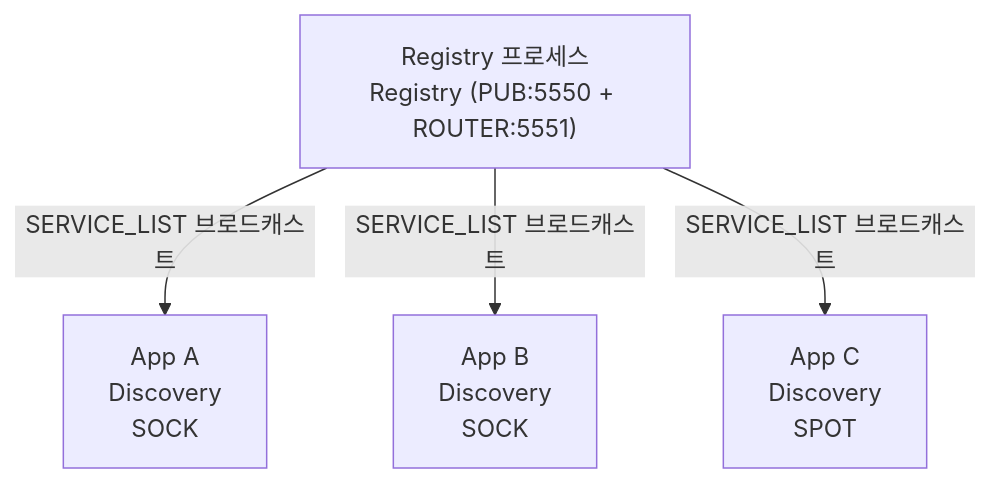
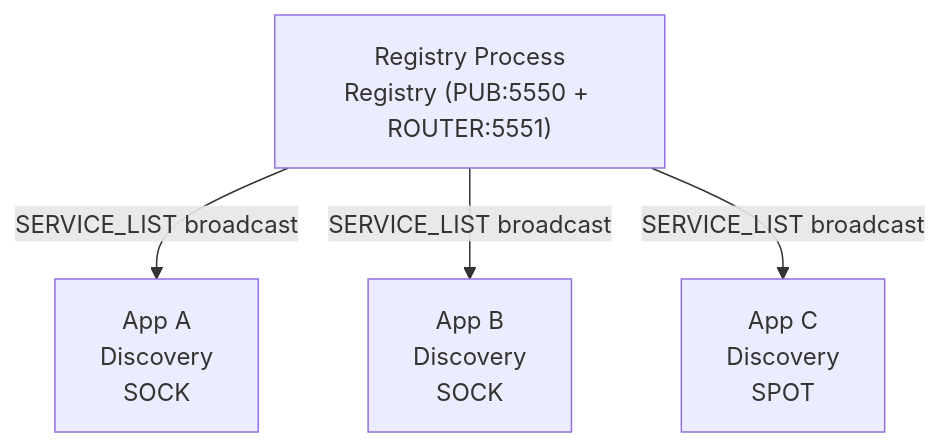
Before and after one commit to kairos-code-dev/zlink: the first of 3 diagrams in doc/guide/07-4-registry.ko.md, drawn with Mermaid. The commit also changed other lines of this file and 53 other files, not shown here.

````diff
--- a/doc/guide/07-4-registry.ko.md
+++ b/doc/guide/07-4-registry.ko.md
@@ -126,7 +126,7 @@
 ```mermaid
 flowchart TB
-    R["Registry 프로세스\nRegistry (PUB:5550 + ROUTER:5551)"]
-    R -- "SERVICE_LIST 브로드캐스트" --> A["App A\nDiscovery\nSOCK"]
-    R -- "SERVICE_LIST 브로드캐스트" --> B["App B\nDiscovery\nSOCK"]
-    R -- "SERVICE_LIST 브로드캐스트" --> C["App C\nDiscovery\nSPOT"]
+    R["Registry Process\nRegistry (PUB:5550 + ROUTER:5551)"]
+    R -- "SERVICE_LIST broadcast" --> A["App A\nDiscovery\nSOCK"]
+    R -- "SERVICE_LIST broadcast" --> B["App B\nDiscovery\nSOCK"]
+    R -- "SERVICE_LIST broadcast" --> C["App C\nDiscovery\nSPOT"]
 ```
````
